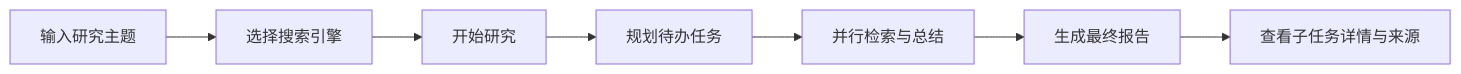
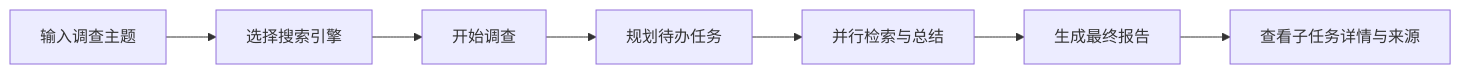
Before and after one commit to qipy2026/AIDeepresearch: the diagram in README.md, drawn with Mermaid. The commit also changed other lines of this file and 57 other files, not shown here.

````diff
--- a/README.md
+++ b/README.md
@@ -33,9 +33,9 @@
 ```mermaid
 flowchart LR
-  A[输入研究主题] --> B[选择搜索引擎]
-  B --> C[开始研究]
+  A[输入调查主题] --> B[选择搜索引擎]
+  B --> C[开始调查]
   C --> D[规划待办任务]
   D --> E[并行检索与总结]
   E --> F[生成最终报告]
   F --> G[查看子任务详情与来源]
 ```
````
